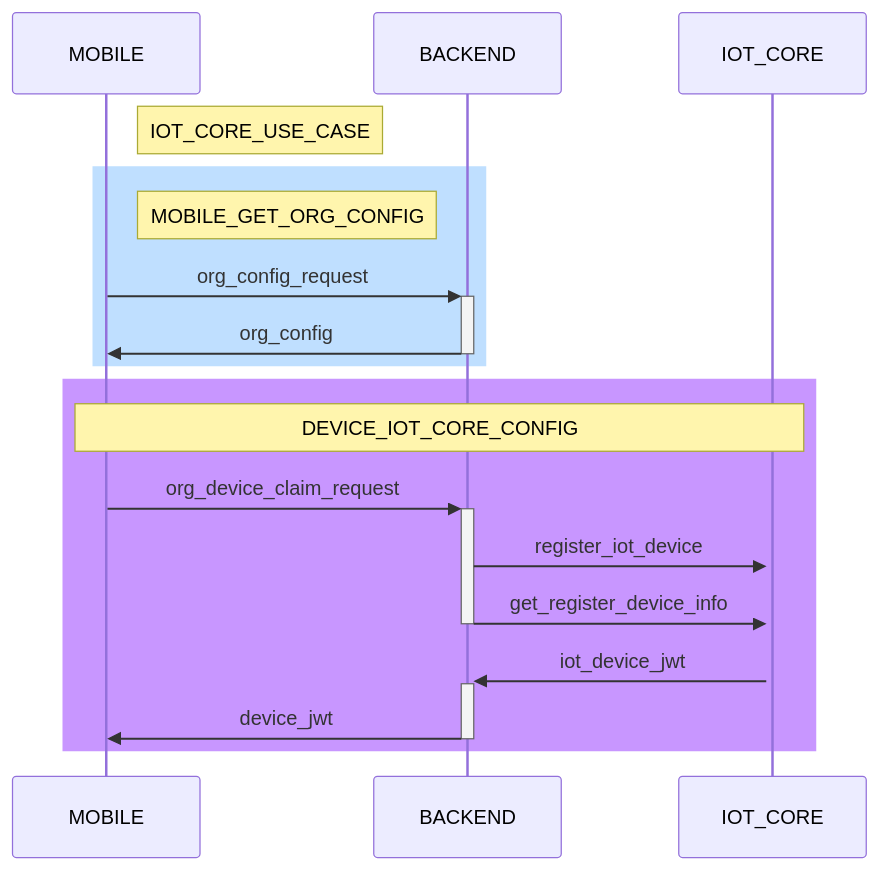
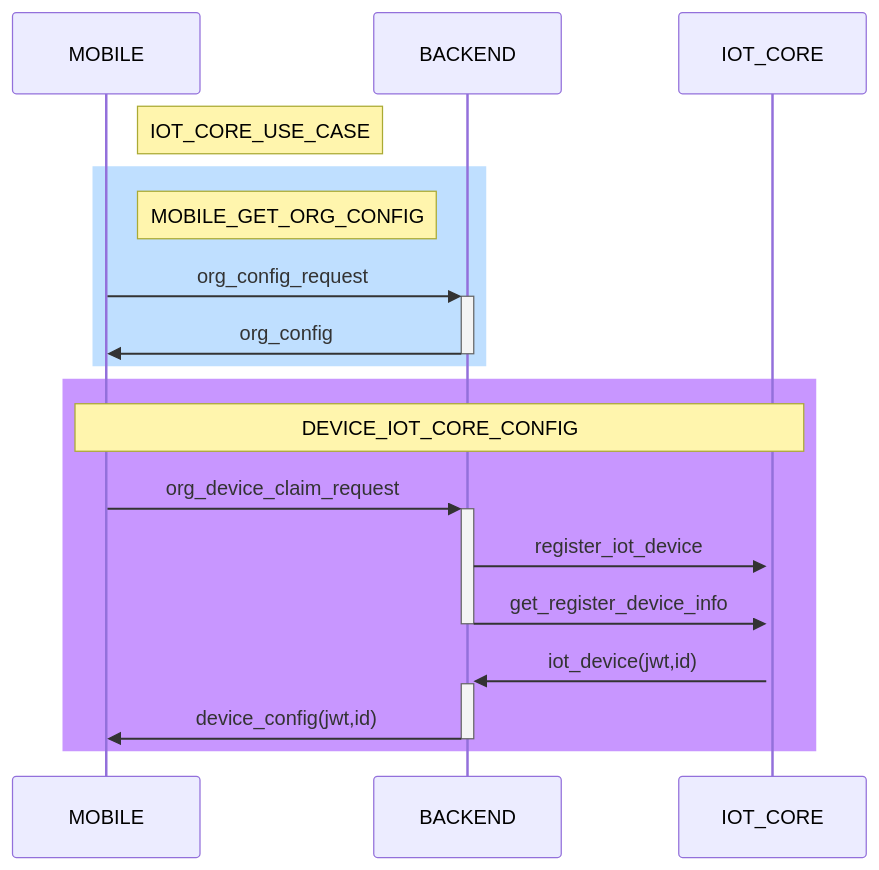
One commit to GDSC-HSU/gateway-proof-of-concept changed the diagram in README.md. Above: the diagram before and after it, drawn with Mermaid.

````diff
--- a/README.md
+++ b/README.md
@@ -4,23 +4,23 @@
 ```mermaid
 sequenceDiagram
     participant MOBILE
     Note right of MOBILE: IOT_CORE_USE_CASE
     participant BACKEND
     participant IOT_CORE
 
     rect rgb(191, 223, 255)
     Note right of MOBILE: MOBILE_GET_ORG_CONFIG
     MOBILE->>+BACKEND:org_config_request
     BACKEND->>-MOBILE:org_config
     end
 
     rect rgb(200, 150, 255)
     Note over MOBILE,IOT_CORE: DEVICE_IOT_CORE_CONFIG
     MOBILE->>+BACKEND:org_device_claim_request
     BACKEND->>+IOT_CORE:register_iot_device
     BACKEND->>-IOT_CORE:get_register_device_info
     
-    IOT_CORE->>+BACKEND:iot_device_jwt
-    BACKEND->>-MOBILE:device_jwt
+    IOT_CORE->>+BACKEND:iot_device(jwt,id)
+    BACKEND->>-MOBILE:device_config(jwt,id)
     end
 ```
````
